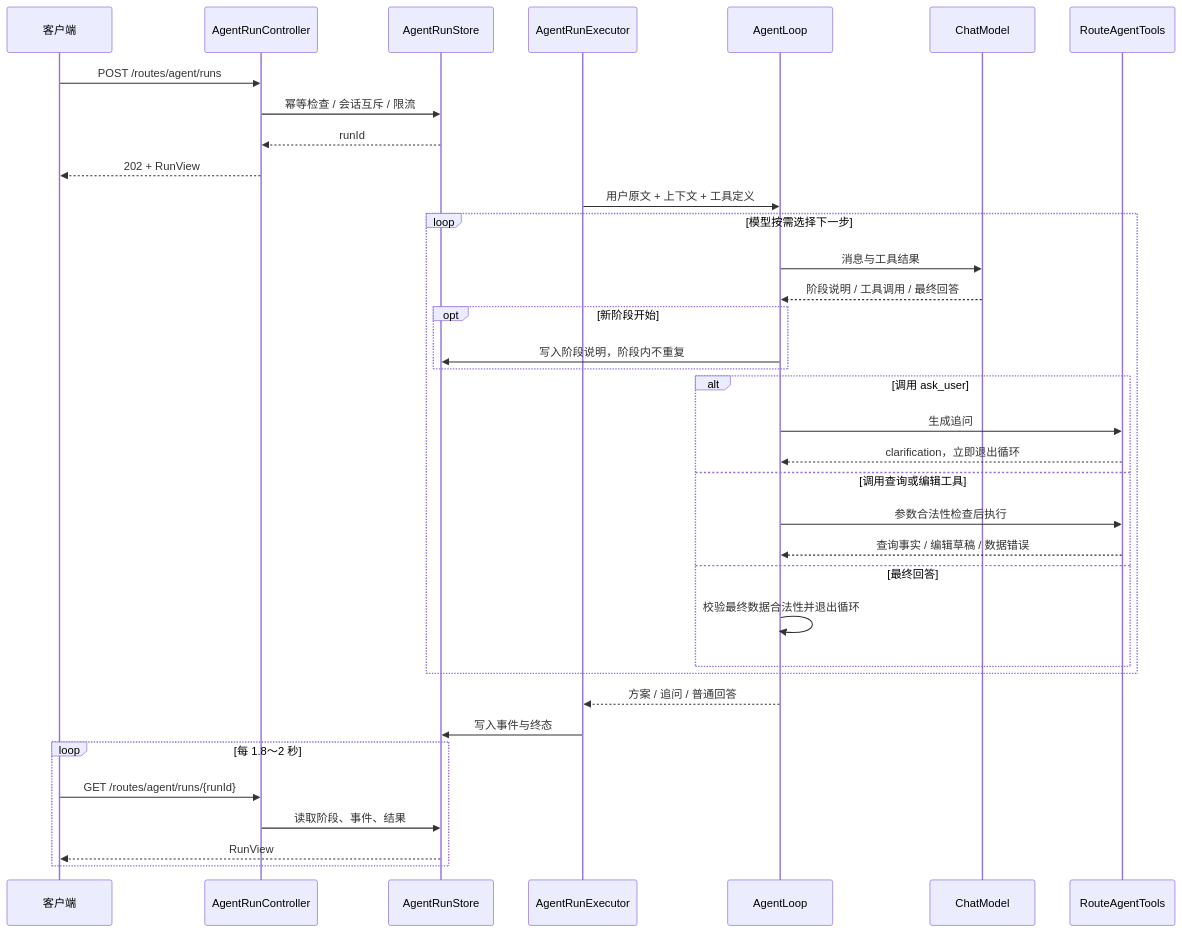
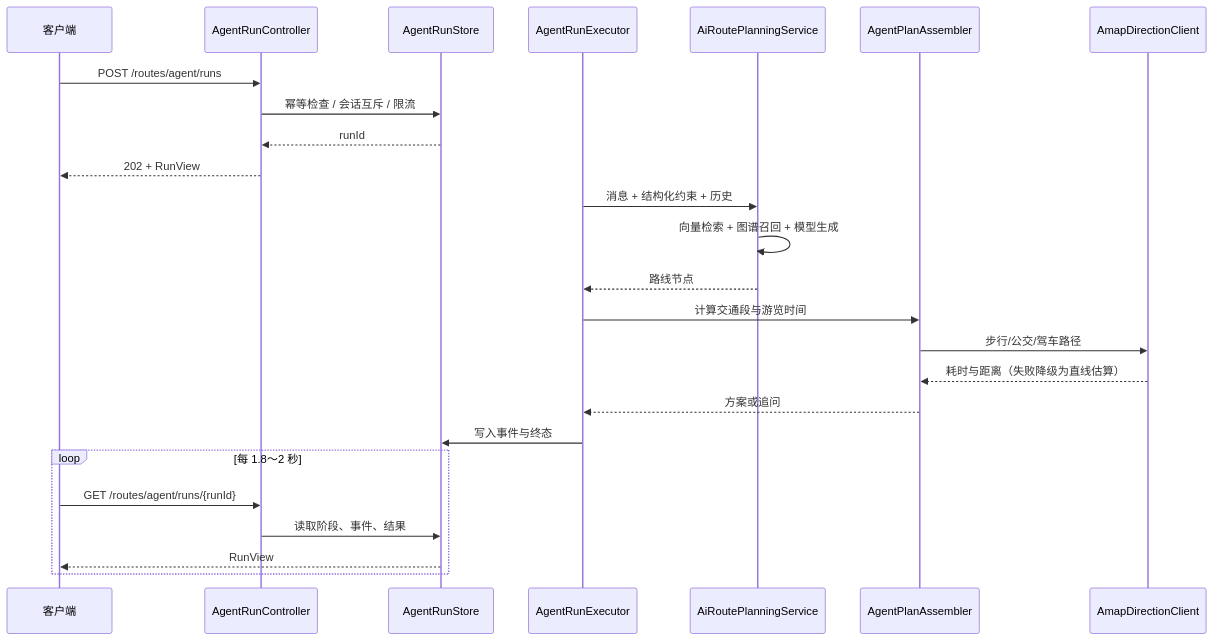
The second of 3 diagrams in docs/architecture.md (Viyangle/study_tour), drawn with Mermaid before and after one commit. The commit also changed other lines of this file and 27 other files, not shown here.

````diff
--- a/docs/architecture.md
+++ b/docs/architecture.md
@@ -121,39 +121,28 @@
 ```mermaid
 sequenceDiagram
     participant C as 客户端
     participant AC as AgentRunController
     participant ST as AgentRunStore
     participant EX as AgentRunExecutor
-    participant AL as AgentLoop
-    participant M as ChatModel
-    participant T as RouteAgentTools
+    participant AI as AiRoutePlanningService
+    participant AS as AgentPlanAssembler
+    participant AM as AmapDirectionClient
 
     C->>AC: POST /routes/agent/runs
     AC->>ST: 幂等检查 / 会话互斥 / 限流
     ST-->>AC: runId
     AC-->>C: 202 + RunView
-    EX->>AL: 用户原文 + 上下文 + 工具定义
-    loop 模型按需选择下一步
-        AL->>M: 消息与工具结果
-        M-->>AL: 阶段说明 / 工具调用 / 最终回答
-        opt 新阶段开始
-            AL->>ST: 写入阶段说明，阶段内不重复
-        end
-        alt 调用 ask_user
-            AL->>T: 生成追问
-            T-->>AL: clarification，立即退出循环
-        else 调用查询或编辑工具
-            AL->>T: 参数合法性检查后执行
-            T-->>AL: 查询事实 / 编辑草稿 / 数据错误
-        else 最终回答
-            AL->>AL: 校验最终数据合法性并退出循环
-        end
-    end
-    AL-->>EX: 方案 / 追问 / 普通回答
+    EX->>AI: 消息 + 结构化约束 + 历史
+    AI->>AI: 向量检索 + 图谱召回 + 模型生成
+    AI-->>EX: 路线节点
+    EX->>AS: 计算交通段与游览时间
+    AS->>AM: 步行/公交/驾车路径
+    AM-->>AS: 耗时与距离（失败降级为直线估算）
+    AS-->>EX: 方案或追问
     EX->>ST: 写入事件与终态
     loop 每 1.8～2 秒
         C->>AC: GET /routes/agent/runs/{runId}
         AC->>ST: 读取阶段、事件、结果
         ST-->>C: RunView
     end
 ```
````
